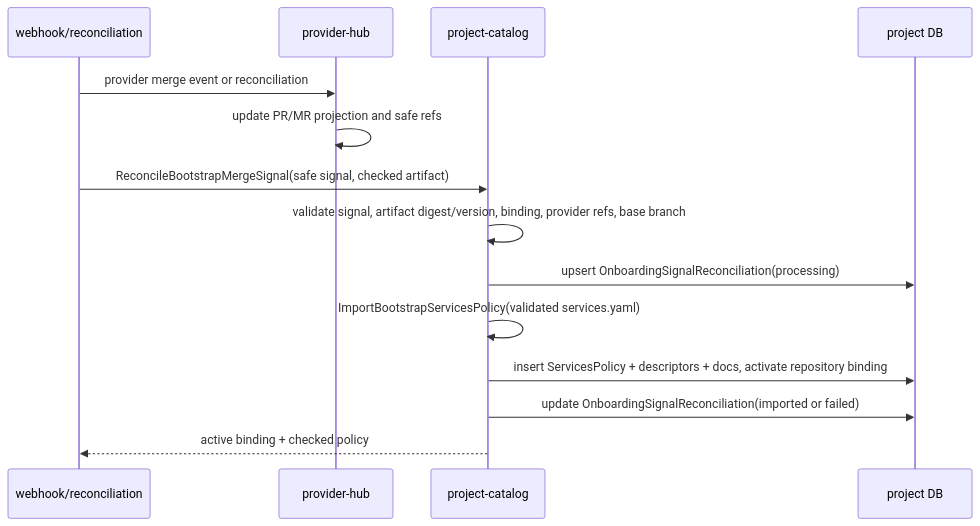
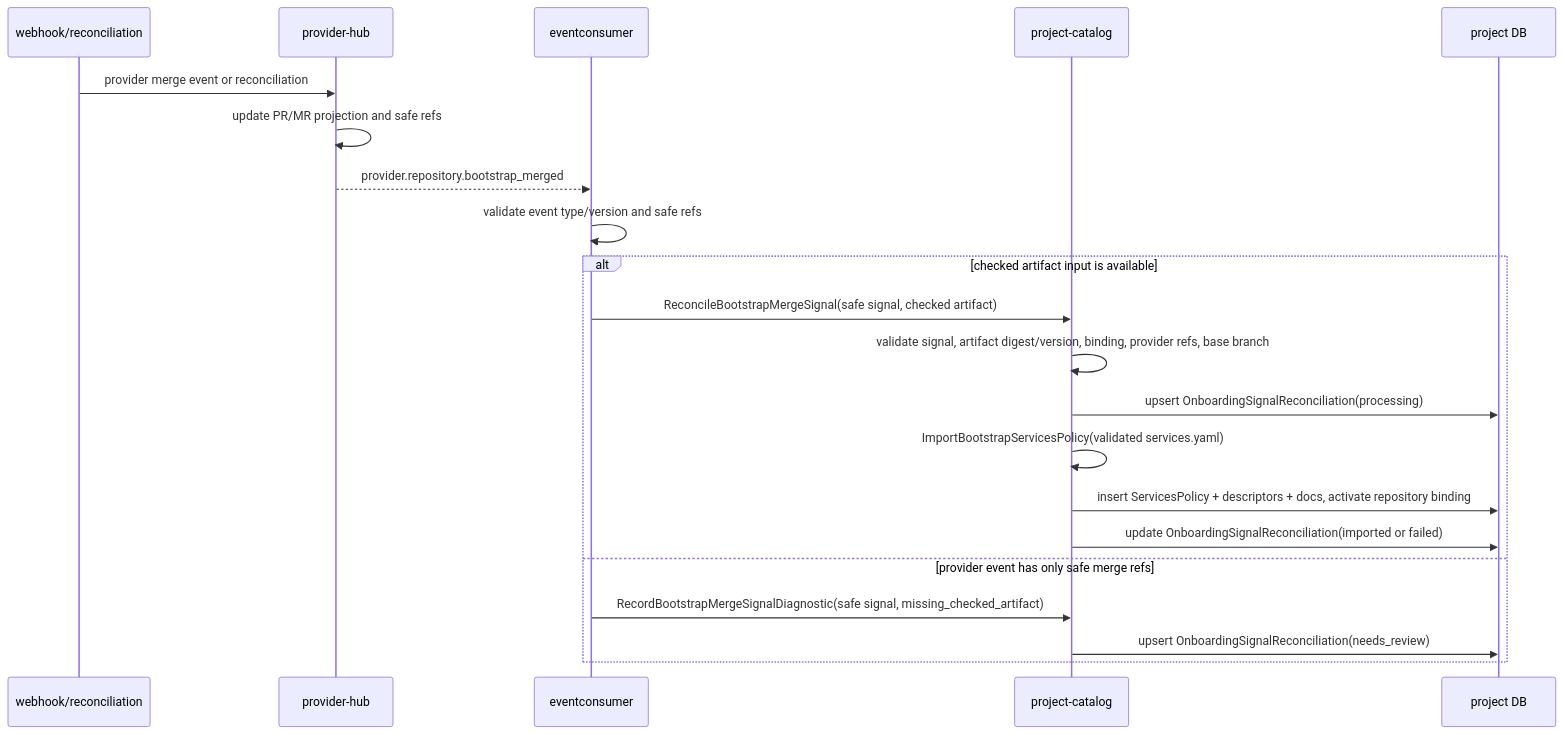
Before and after one commit to codex-k8s/kodex: the fifth of 6 diagrams in docs/domains/projects-and-repositories/architecture/design.md, drawn with Mermaid. The commit also changed other lines of this file and 28 other files, not shown here.

Commit message:
Add shared event consumer bootstrap merge handler

````diff
--- a/docs/domains/projects-and-repositories/architecture/design.md
+++ b/docs/domains/projects-and-repositories/architecture/design.md
@@ -152,16 +152,23 @@
 ```mermaid
 sequenceDiagram
   participant W as webhook/reconciliation
   participant H as provider-hub
+  participant C as eventconsumer
   participant P as project-catalog
   participant DB as project DB
   W->>H: provider merge event or reconciliation
   H->>H: update PR/MR projection and safe refs
-  W->>P: ReconcileBootstrapMergeSignal(safe signal, checked artifact)
-  P->>P: validate signal, artifact digest/version, binding, provider refs, base branch
-  P->>DB: upsert OnboardingSignalReconciliation(processing)
-  P->>P: ImportBootstrapServicesPolicy(validated services.yaml)
-  P->>DB: insert ServicesPolicy + descriptors + docs, activate repository binding
-  P->>DB: update OnboardingSignalReconciliation(imported or failed)
-  P-->>W: active binding + checked policy
+  H-->>C: provider.repository.bootstrap_merged
+  C->>C: validate event type/version and safe refs
+  alt checked artifact input is available
+    C->>P: ReconcileBootstrapMergeSignal(safe signal, checked artifact)
+    P->>P: validate signal, artifact digest/version, binding, provider refs, base branch
+    P->>DB: upsert OnboardingSignalReconciliation(processing)
+    P->>P: ImportBootstrapServicesPolicy(validated services.yaml)
+    P->>DB: insert ServicesPolicy + descriptors + docs, activate repository binding
+    P->>DB: update OnboardingSignalReconciliation(imported or failed)
+  else provider event has only safe merge refs
+    C->>P: RecordBootstrapMergeSignalDiagnostic(safe signal, missing_checked_artifact)
+    P->>DB: upsert OnboardingSignalReconciliation(needs_review)
+  end
 ```
````
